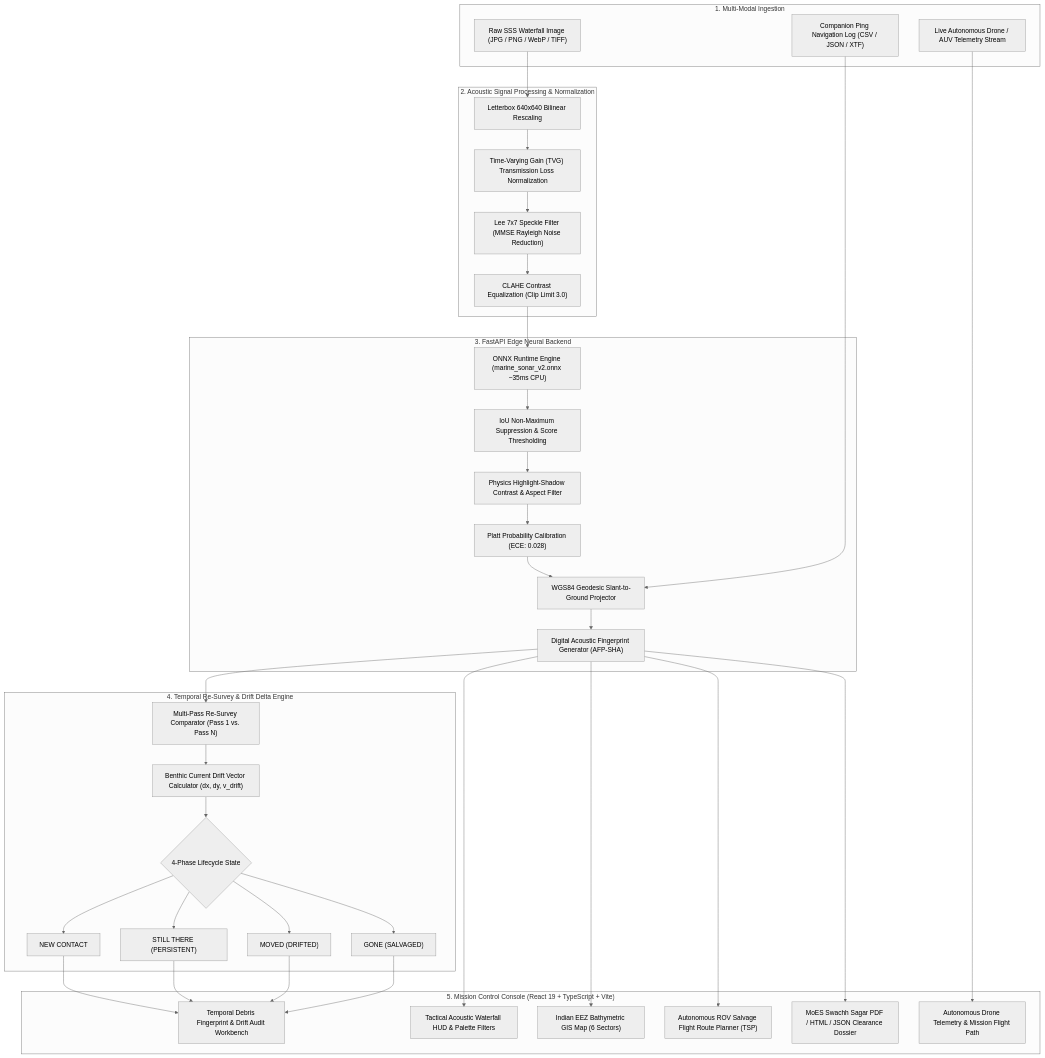
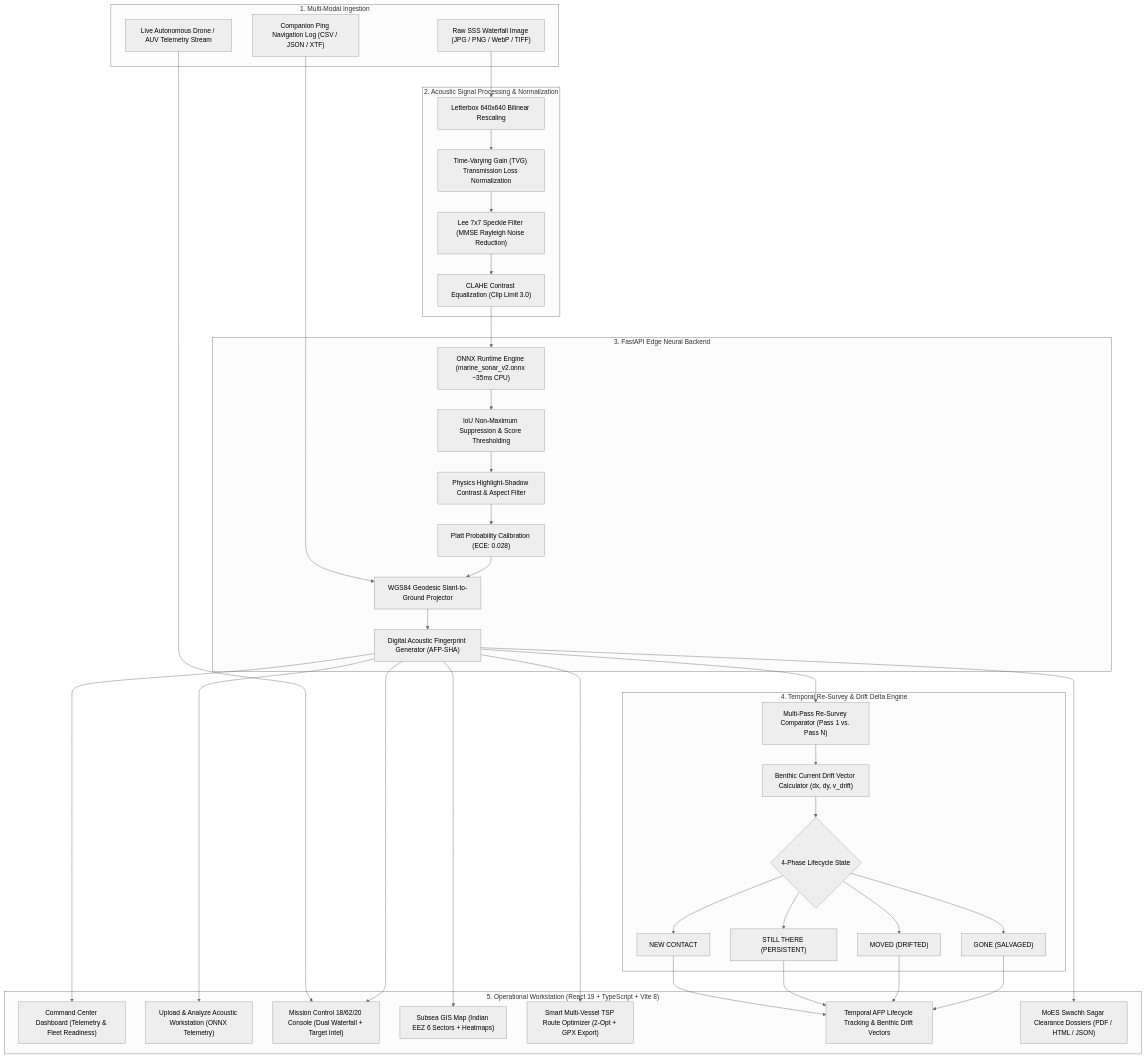
One commit to jayraj175coder/side_sonar_detection_ml changed the diagram in README.md. Above: the diagram before and after it, drawn with Mermaid (neutral theme). The commit also changed other lines of this file and 2 other files, not shown here.

Commit message:
docs: update README, TECHNICAL_REPORT, and PRESENTATION_PLAYBOOK with 9 modules, 2-Opt TSP route optimizer, and workstation ergonomics

````diff
--- a/README.md
+++ b/README.md
@@ -65,52 +66,53 @@
 ```mermaid
 flowchart TD
     subgraph Ingestion ["1. Multi-Modal Ingestion"]
         Image["Raw SSS Waterfall Image (JPG / PNG / WebP / TIFF)"]
         Log["Companion Ping Navigation Log (CSV / JSON / XTF)"]
         AUV["Live Autonomous Drone / AUV Telemetry Stream"]
     end
 
     subgraph Preprocessing ["2. Acoustic Signal Processing & Normalization"]
         Letterbox["Letterbox 640x640 Bilinear Rescaling"]
         TVG["Time-Varying Gain (TVG) Transmission Loss Normalization"]
         Lee["Lee 7x7 Speckle Filter (MMSE Rayleigh Noise Reduction)"]
         CLAHE["CLAHE Contrast Equalization (Clip Limit 3.0)"]
     end
 
     subgraph Backend ["3. FastAPI Edge Neural Backend"]
         ONNX["ONNX Runtime Engine (marine_sonar_v2.onnx ~35ms CPU)"]
         NMS["IoU Non-Maximum Suppression & Score Thresholding"]
         NoiseFilter["Physics Highlight-Shadow Contrast & Aspect Filter"]
         Platt["Platt Probability Calibration (ECE: 0.028)"]
         Geotag["WGS84 Geodesic Slant-to-Ground Projector"]
         Fingerprint["Digital Acoustic Fingerprint Generator (AFP-SHA)"]
     end
 
     subgraph Temporal ["4. Temporal Re-Survey & Drift Delta Engine"]
         MultiPass["Multi-Pass Re-Survey Comparator (Pass 1 vs. Pass N)"]
         Drift["Benthic Current Drift Vector Calculator (dx, dy, v_drift)"]
         Lifecycle{"4-Phase Lifecycle State"}
         StateNew["NEW CONTACT"]
         StateStill["STILL THERE (PERSISTENT)"]
         StateMoved["MOVED (DRIFTED)"]
         StateGone["GONE (SALVAGED)"]
     end
 
-    subgraph Client ["5. Mission Control Console (React 19 + TypeScript + Vite)"]
-        HUD["Tactical Acoustic Waterfall HUD & Palette Filters"]
-        Console["Autonomous Drone Telemetry & Mission Flight Path"]
-        Tracker["Temporal Debris Fingerprint & Drift Audit Workbench"]
-        GISMap["Indian EEZ Bathymetric GIS Map (6 Sectors)"]
-        ROV["Autonomous ROV Salvage Flight Route Planner (TSP)"]
-        Report["MoES Swachh Sagar PDF / HTML / JSON Clearance Dossier"]
+    subgraph Client ["5. Operational Workstation (React 19 + TypeScript + Vite 8)"]
+        Dashboard["Command Center Dashboard (Telemetry & Fleet Readiness)"]
+        ScanWorkstation["Upload & Analyze Acoustic Workstation (ONNX Telemetry)"]
+        MissionControl["Mission Control 18/62/20 Console (Dual Waterfall + Target Intel)"]
+        GISMap["Subsea GIS Map (Indian EEZ 6 Sectors + Heatmaps)"]
+        RouteOptimizer["Smart Multi-Vessel TSP Route Optimizer (2-Opt + GPX Export)"]
+        TargetTracking["Temporal AFP Lifecycle Tracking & Benthic Drift Vectors"]
+        Reports["MoES Swachh Sagar Clearance Dossiers (PDF / HTML / JSON)"]
     end
 
     Image --> Letterbox --> TVG --> Lee --> CLAHE --> ONNX
     Log --> Geotag
-    AUV --> Console
+    AUV --> MissionControl
     ONNX --> NMS --> NoiseFilter --> Platt --> Geotag --> Fingerprint
     Fingerprint --> MultiPass --> Drift --> Lifecycle
     Lifecycle --> StateNew & StateStill & StateMoved & StateGone
-    StateNew & StateStill & StateMoved & StateGone --> Tracker
-    Fingerprint --> HUD & GISMap & ROV & Report
+    StateNew & StateStill & StateMoved & StateGone --> TargetTracking
+    Fingerprint --> Dashboard & ScanWorkstation & MissionControl & GISMap & RouteOptimizer & Reports
 ```
````
